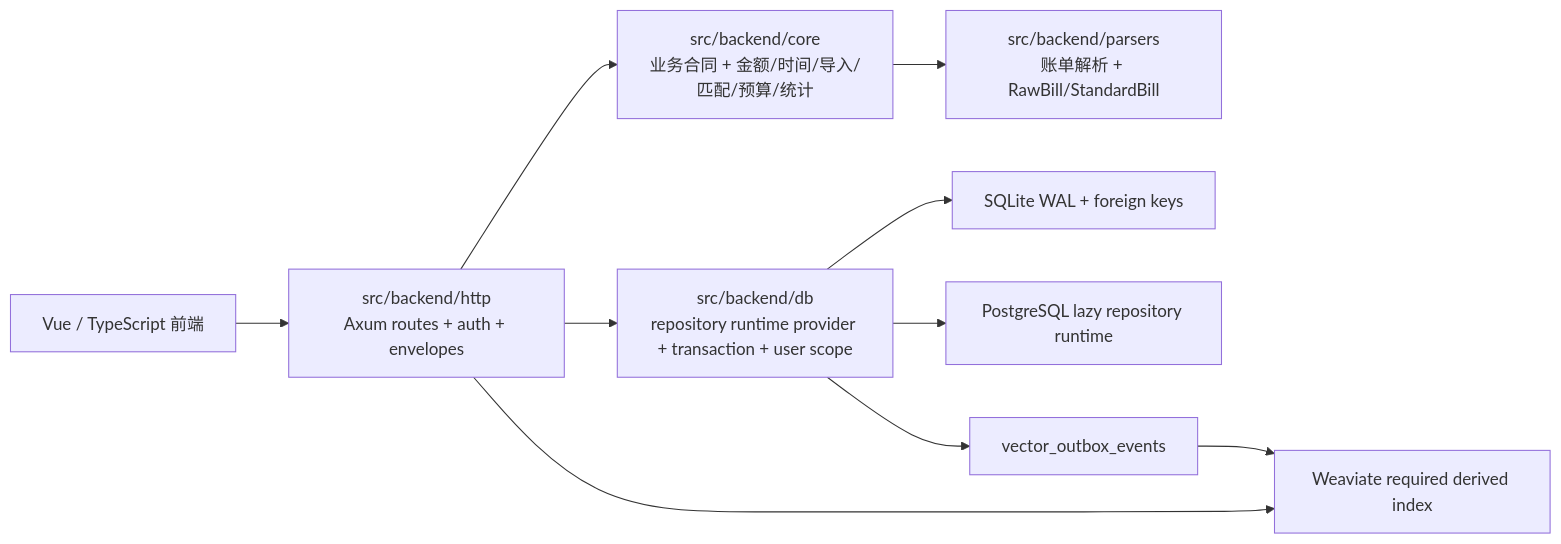
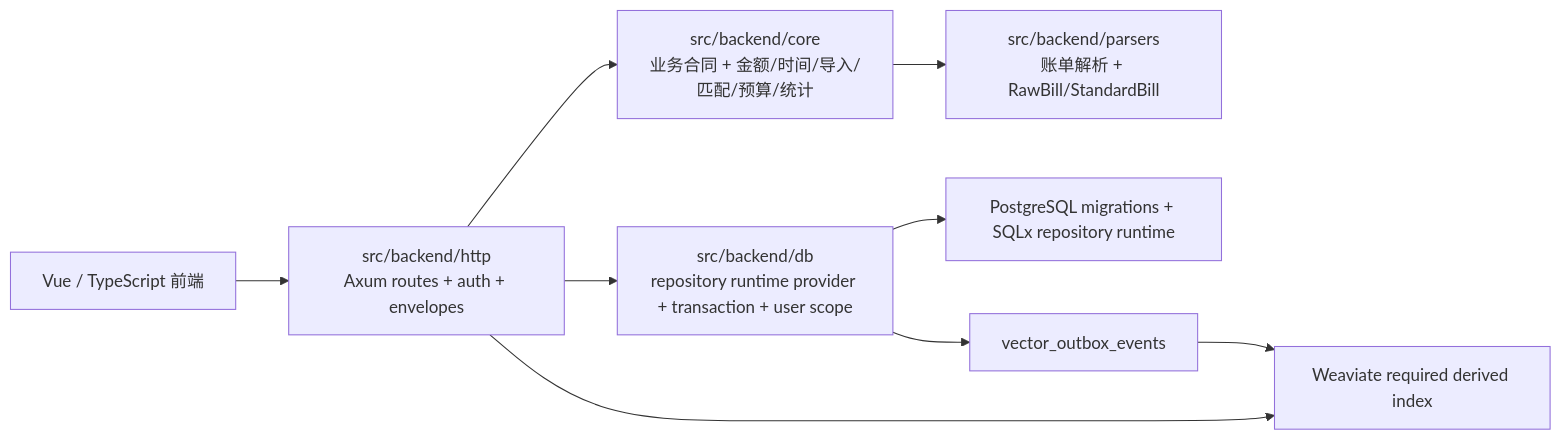
Before and after one commit to hcy0317/bill_analyser: the first of 4 diagrams in docs/backend-map.md, drawn with Mermaid. The commit also changed other lines of this file and 2 other files, not shown here.

First line of the commit message:
docs(backend): 同步后端导航图静态门禁

````diff
--- a/docs/backend-map.md
+++ b/docs/backend-map.md
@@ -10,12 +10,11 @@
 ```mermaid
 flowchart LR
   Web["Vue / TypeScript 前端"] --> Http["src/backend/http\nAxum routes + auth + envelopes"]
   Http --> Core["src/backend/core\n业务合同 + 金额/时间/导入/匹配/预算/统计"]
   Http --> Db["src/backend/db\nrepository runtime provider + transaction + user scope"]
   Core --> Parsers["src/backend/parsers\n账单解析 + RawBill/StandardBill"]
-  Db --> SQLite["SQLite WAL + foreign keys"]
-  Db --> Postgres["PostgreSQL lazy repository runtime"]
+  Db --> Postgres["PostgreSQL migrations + SQLx repository runtime"]
   Http --> Weaviate["Weaviate required derived index"]
   Db --> Outbox["vector_outbox_events"]
   Outbox --> Weaviate
 ```
````
